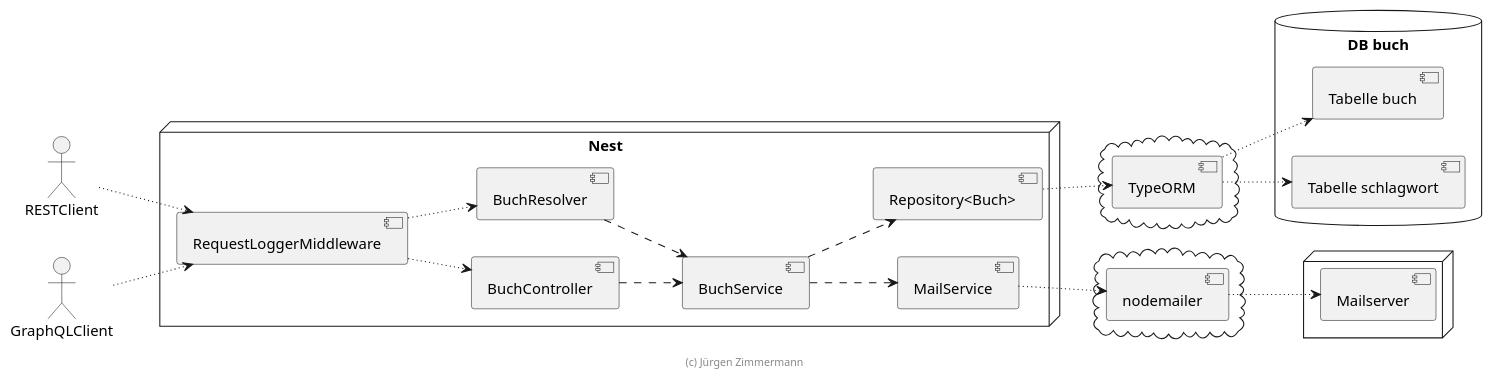
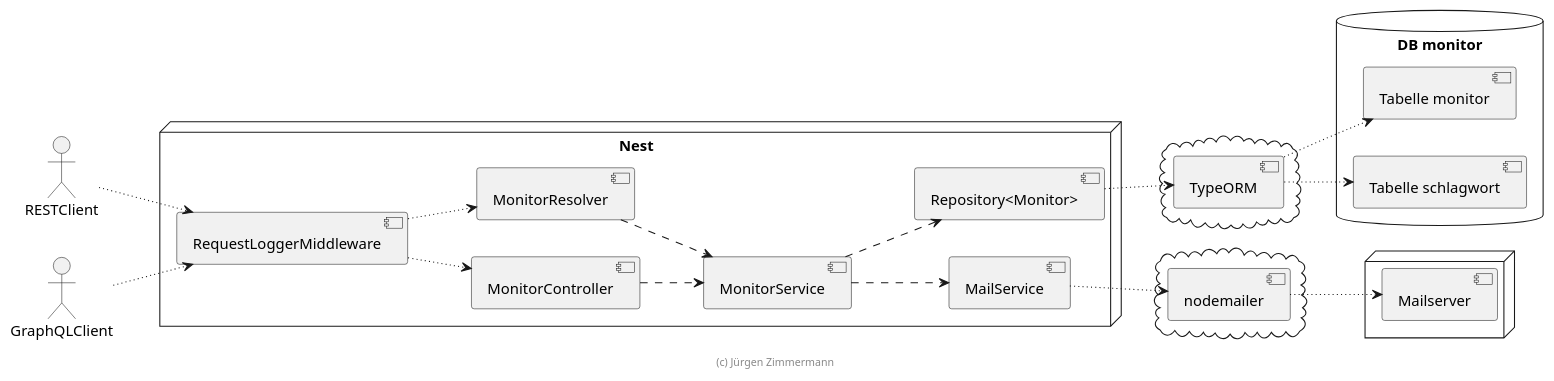
One commit to Vertiquo/SWE-Gruppe8-Abg1 changed the diagram in extras/doc/entwicklerhandbuch/komponenten.plantuml. Above: the diagram before and after it, drawn with PlantUML.

Commit message:
Transform komponenten plantuml file

```diff
--- a/extras/doc/entwicklerhandbuch/komponenten.plantuml
+++ b/extras/doc/entwicklerhandbuch/komponenten.plantuml
@@ -18,59 +18,59 @@
 @startuml Komponenten
 
 left to right direction
 
 actor RESTClient
 actor GraphQLClient
 
 node "Nest" {
   [RequestLoggerMiddleware]
 
-  [BuchController]
-  [BuchResolver]
+  [MonitorController]
+  [MonitorResolver]
 
-  [BuchService]
+  [MonitorService]
 
-  [Repository<Buch>]
+  [Repository<Monitor>]
 
   [MailService]
 }
 
 
 cloud {
     [TypeORM]
 }
 
 cloud {
     [nodemailer]
 }
 
-database "DB buch" {
-    [Tabelle buch]
+database "DB monitor" {
+    [Tabelle monitor]
     [Tabelle schlagwort]
 }
 
 node {
     [Mailserver]
 }
 
 RESTClient ~~> [RequestLoggerMiddleware]
 GraphQLClient ~~> [RequestLoggerMiddleware]
 
-[RequestLoggerMiddleware] ~~> [BuchController]
-[RequestLoggerMiddleware] ~~> [BuchResolver]
+[RequestLoggerMiddleware] ~~> [MonitorController]
+[RequestLoggerMiddleware] ~~> [MonitorResolver]
 
-[BuchController] ..> [BuchService]
-[BuchResolver] ..> [BuchService]
-[BuchService] ..> [Repository<Buch>]
+[MonitorController] ..> [MonitorService]
+[MonitorResolver] ..> [MonitorService]
+[MonitorService] ..> [Repository<Monitor>]
 
-[Repository<Buch>] ~~> [TypeORM]
-[TypeORM] ~~> [Tabelle buch]
+[Repository<Monitor>] ~~> [TypeORM]
+[TypeORM] ~~> [Tabelle monitor]
 [TypeORM] ~~> [Tabelle schlagwort]
 
-[BuchService] ..> [MailService]
+[MonitorService] ..> [MailService]
 [MailService] ~~> [nodemailer]
 [nodemailer] ~~> [Mailserver]
 
 footer (c) Jürgen Zimmermann
 
 @enduml
```
